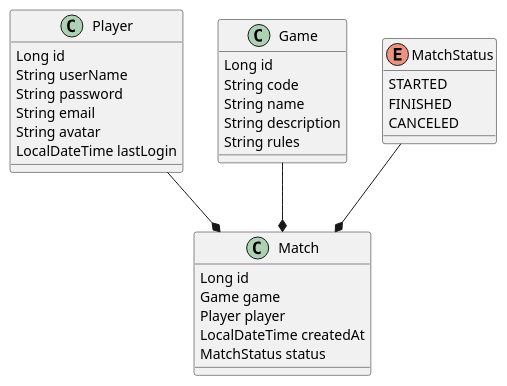
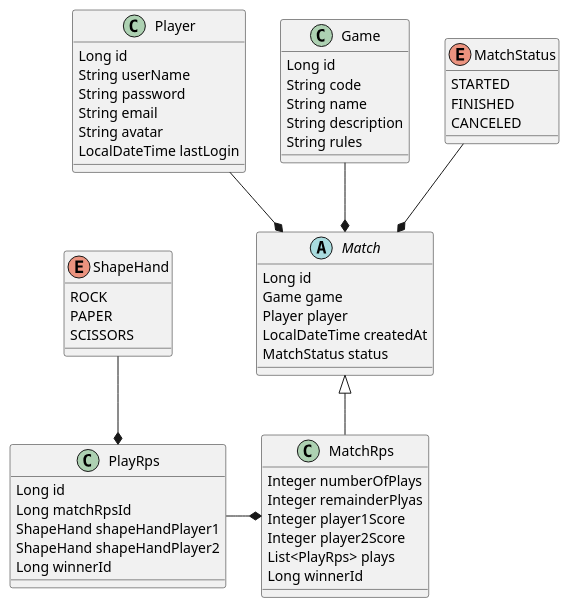
Before and after one commit to moliva177/myFirstSpringApiRest: the diagram in docs/diagrams/model/model.puml, drawn with PlantUML. The commit also changed 10 other files, not shown here.

```diff
--- a/docs/diagrams/model/model.puml
+++ b/docs/diagrams/model/model.puml
@@ -1,38 +1,64 @@
 @startuml
 
 class Player{
     Long id
     String userName
     String password
     String email
     String avatar
     LocalDateTime lastLogin
 }
 
 class Game {
     Long id
     String code
     String name
     String description
     String rules
 }
 
-class Match {
+abstract Match {
     Long id
     Game game
     Player player
     LocalDateTime createdAt
     MatchStatus status
+}
+
+class MatchRps {
+    Integer numberOfPlays
+    Integer remainderPlyas
+    Integer player1Score
+    Integer player2Score
+    List<PlayRps> plays
+    Long winnerId
+}
+
+class PlayRps {
+    Long id
+    Long matchRpsId
+    ShapeHand shapeHandPlayer1
+    ShapeHand shapeHandPlayer2
+    Long winnerId
+}
+
+enum ShapeHand {
+    ROCK
+    PAPER
+    SCISSORS
 }
 
 enum MatchStatus {
     STARTED
     FINISHED
     CANCELED
 }
 
 MatchStatus --* Match
 Game --* Match
 Player --* Match
+Match <|-- MatchRps
+PlayRps -* MatchRps
+ShapeHand --* PlayRps
 
 @enduml
```
